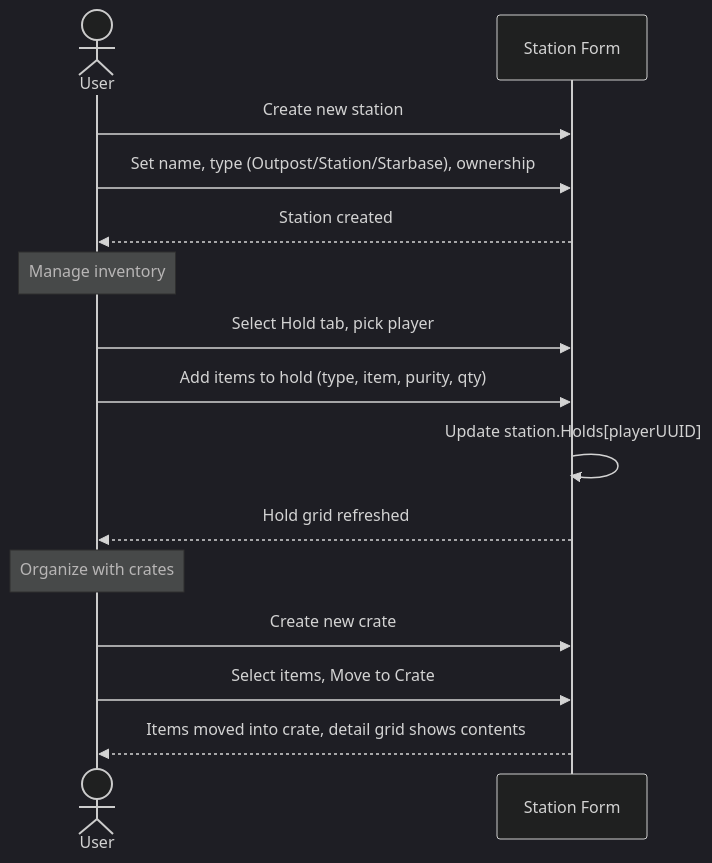
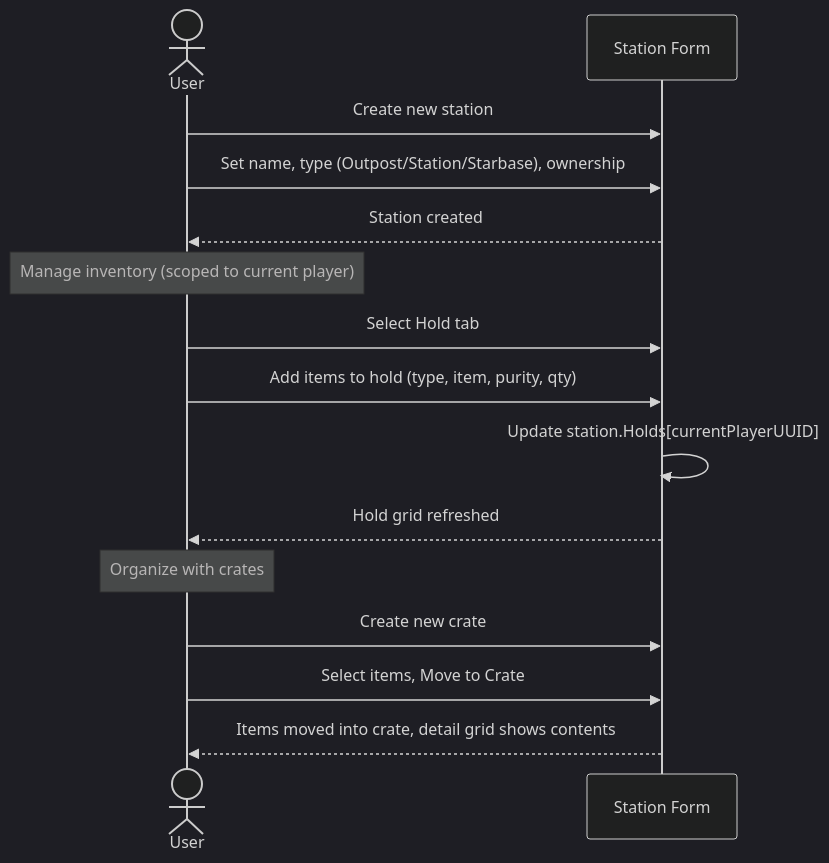
One commit to scalorn/OuterEmpires2EmpireTracker changed diagram 11 of 18 in .kiro/specs/empire-systems/design.md. Above: the diagram before and after it, drawn with Mermaid (dark theme). The commit also changed other lines of this file, not shown here.

Commit message:
Remove player selector from station Hold tab — always uses current player
The station Hold tab was showing a player picker dropdown (cmbHoldPlayer)
but the app always operates within the context of the current player
(REQ-ARCH-071). Station holds are accessed via station.Holds[currentPlayerUUID]
which is already the established pattern.

Changes:
- Flow 9 sequence diagram: removed 'pick player' step, added 'scoped to
  current player' note, changed Holds key to currentPlayerUUID
- Station form ASCII mockup: replaced 'Player: [Captain Kirk ▼]' dropdown
  with '(current player''s hold)' label
- Controls list: removed cmbHoldPlayer, noted hold is scoped to current player

Prompt: back to the empire systems design. Select Hold tab, pick player -- You are always working within the view of a specific player. You wouldn't pick a player.

````diff
--- a/.kiro/specs/empire-systems/design.md
+++ b/.kiro/specs/empire-systems/design.md
@@ -329,20 +329,20 @@
 ```mermaid
 sequenceDiagram
     actor User
     participant STN as Station Form
 
     User->>STN: Create new station
     User->>STN: Set name, type (Outpost/Station/Starbase), ownership
     STN-->>User: Station created
 
-    Note over User: Manage inventory
-    User->>STN: Select Hold tab, pick player
+    Note over User: Manage inventory (scoped to current player)
+    User->>STN: Select Hold tab
     User->>STN: Add items to hold (type, item, purity, qty)
-    STN->>STN: Update station.Holds[playerUUID]
+    STN->>STN: Update station.Holds[currentPlayerUUID]
     STN-->>User: Hold grid refreshed
 
     Note over User: Organize with crates
     User->>STN: Create new crate
     User->>STN: Select items, Move to Crate
     STN-->>User: Items moved into crate, detail grid shows contents
 ```
````
